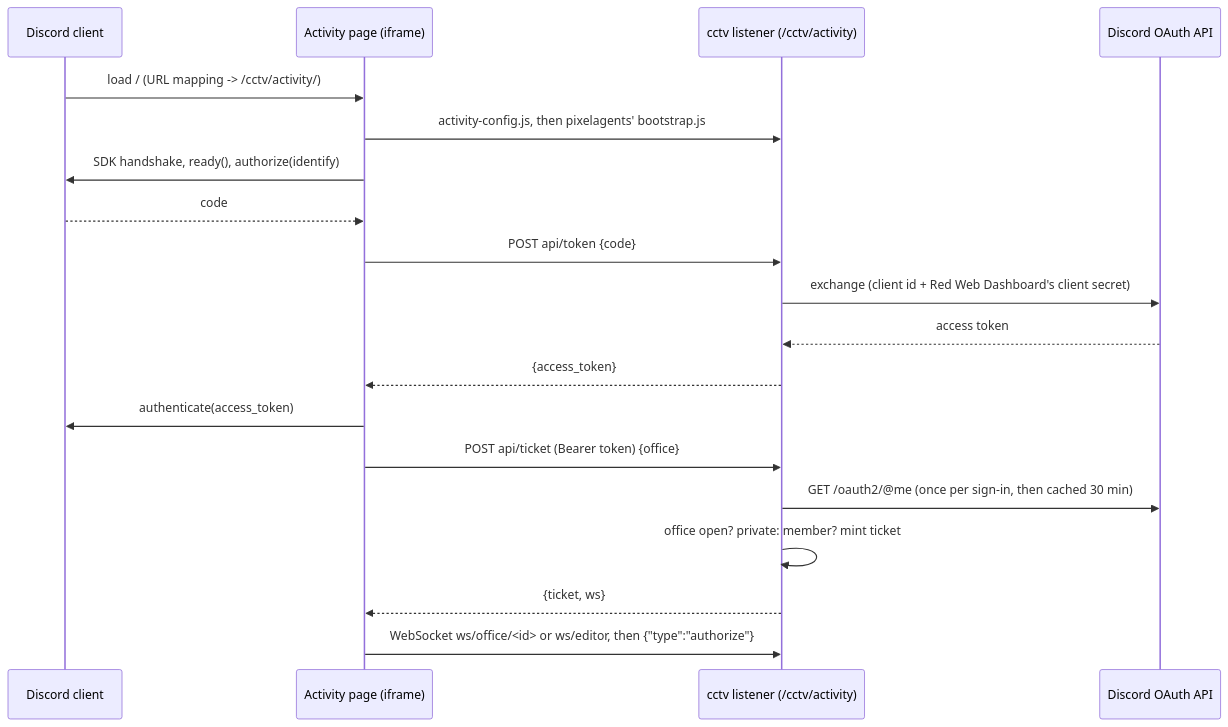
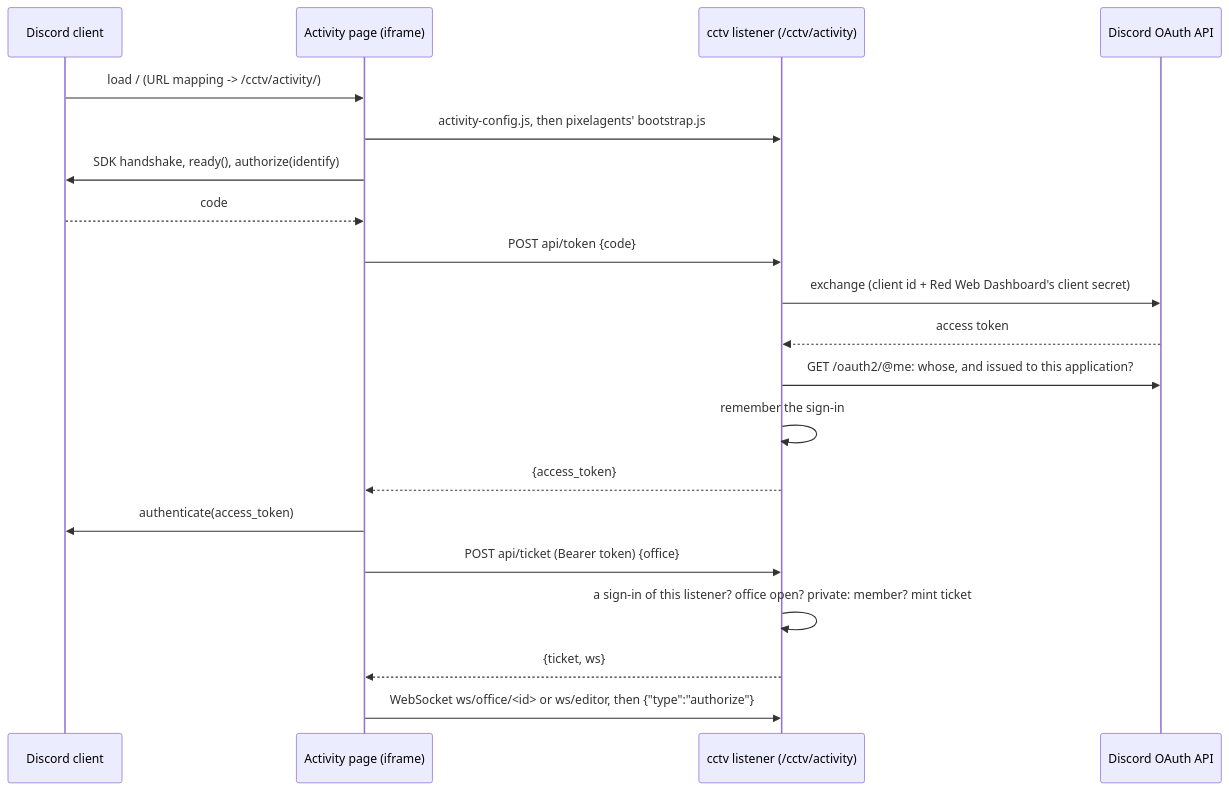
One commit to pixel-agents-hq/pixel-agents-cogs changed the fifth of 7 diagrams in docs/cctv-design.md. Above: the diagram before and after it, drawn with Mermaid. The commit also changed other lines of this file and 7 other files, not shown here.

````diff
--- a/docs/cctv-design.md
+++ b/docs/cctv-design.md
@@ -543,22 +543,23 @@
 ```mermaid
 sequenceDiagram
     participant D as Discord client
     participant A as Activity page (iframe)
     participant S as cctv listener (/cctv/activity)
     participant O as Discord OAuth API
 
     D->>A: load / (URL mapping -> /cctv/activity/)
     A->>S: activity-config.js, then pixelagents' bootstrap.js
     A->>D: SDK handshake, ready(), authorize(identify)
     D-->>A: code
     A->>S: POST api/token {code}
     S->>O: exchange (client id + Red Web Dashboard's client secret)
     O-->>S: access token
+    S->>O: GET /oauth2/@me: whose, and issued to this application?
+    S->>S: remember the sign-in
     S-->>A: {access_token}
     A->>D: authenticate(access_token)
     A->>S: POST api/ticket (Bearer token) {office}
-    S->>O: GET /oauth2/@me (once per sign-in, then cached 30 min)
-    S->>S: office open? private: member? mint ticket
+    S->>S: a sign-in of this listener? office open? private: member? mint ticket
     S-->>A: {ticket, ws}
     A->>S: WebSocket ws/office/<id> or ws/editor, then {"type":"authorize"}
 ```
````
